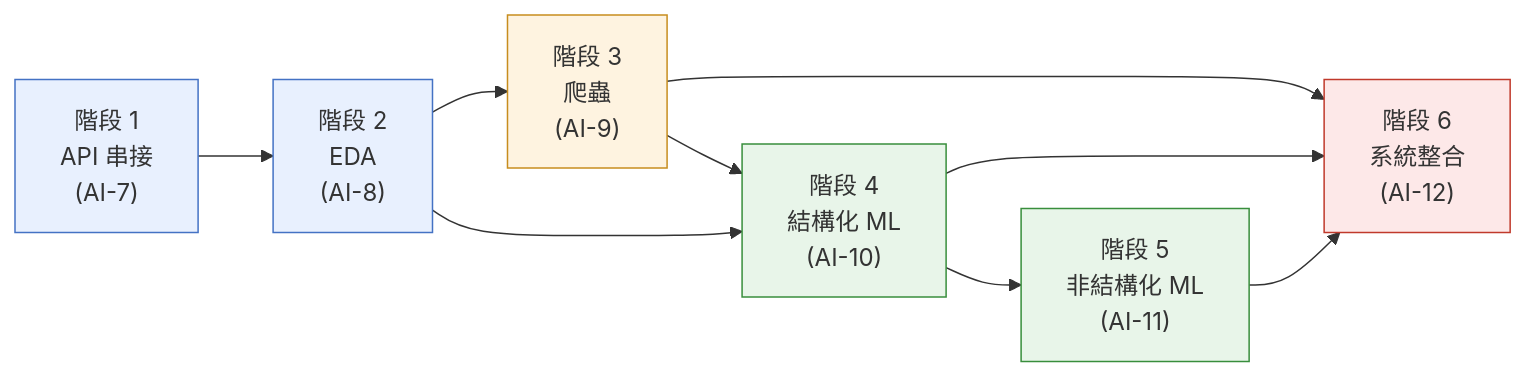
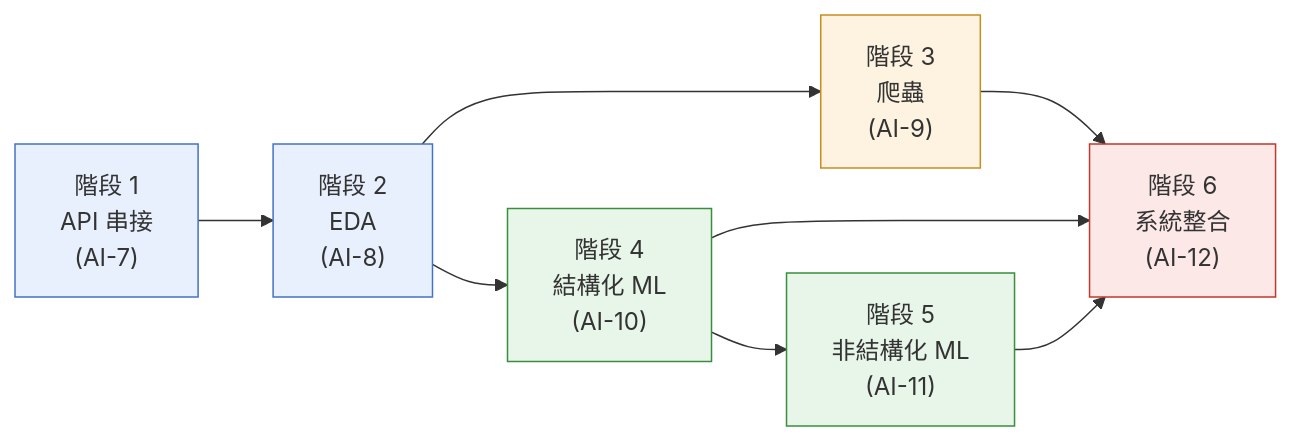
Before and after one commit to darrenlu86/oharalab-courses: the diagram in docs/CURRICULUM.md, drawn with Mermaid. The commit also changed 6 other files, not shown here.

````diff
--- a/docs/CURRICULUM.md
+++ b/docs/CURRICULUM.md
@@ -40,18 +40,17 @@
 ```mermaid
 flowchart LR
     S1["階段 1<br/>API 串接<br/>(AI-7)"] --> S2["階段 2<br/>EDA<br/>(AI-8)"]
     S2 --> S3["階段 3<br/>爬蟲<br/>(AI-9)"]
-    S3 --> S4["階段 4<br/>結構化 ML<br/>(AI-10)"]
-    S2 --> S4
+    S2 --> S4["階段 4<br/>結構化 ML<br/>(AI-10)"]
     S4 --> S5["階段 5<br/>非結構化 ML<br/>(AI-11)"]
     S3 --> S6["階段 6<br/>系統整合<br/>(AI-12)"]
     S4 --> S6
     S5 --> S6
 
     style S1 fill:#e8f0fe,stroke:#4472c4
     style S2 fill:#e8f0fe,stroke:#4472c4
     style S3 fill:#fef3e0,stroke:#c78d1e
     style S4 fill:#e8f5e9,stroke:#388e3c
     style S5 fill:#e8f5e9,stroke:#388e3c
     style S6 fill:#fde8e8,stroke:#c0392b
 ```
````
